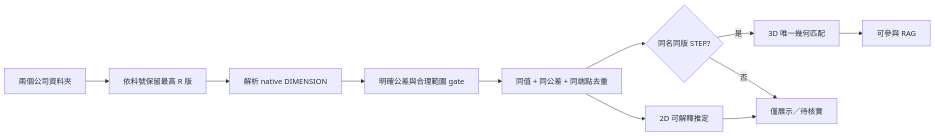
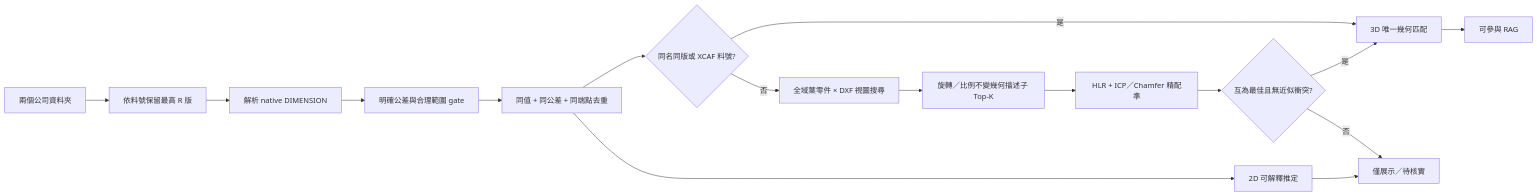
One commit to kk98033/step-to-2d-generator changed the fourth of 4 diagrams in docs/architecture.md. Above: the diagram before and after it, drawn with Mermaid. The commit also changed other lines of this file and 22 other files, not shown here.

````diff
--- a/docs/architecture.md
+++ b/docs/architecture.md
@@ -200,13 +205,18 @@
 ```mermaid
 flowchart LR
     Source[兩個公司資料夾] --> Revision[依料號保留最高 R 版]
     Revision --> Native[解析 native DIMENSION]
     Native --> Plausible[明確公差與合理範圍 gate]
     Plausible --> Dedupe[同值 + 同公差 + 同端點去重]
     Dedupe --> Infer[2D 可解釋推定]
-    Dedupe --> Pair{同名同版 STEP?}
+    Dedupe --> Pair{同名同版或 XCAF 料號?}
     Pair -->|是| Verify[3D 唯一幾何匹配]
-    Pair -->|否| Display[僅展示／待核實]
+    Pair -->|否| Global[全域葉零件 × DXF 視圖搜尋]
+    Global --> Fingerprint[旋轉／比例不變幾何描述子 Top-K]
+    Fingerprint --> Register[HLR + ICP／Chamfer 精配準]
+    Register --> Reciprocal{互為最佳且無近似衝突?}
+    Reciprocal -->|是| Verify
+    Reciprocal -->|否| Display[僅展示／待核實]
     Verify --> Eligible[可參與 RAG]
     Infer --> Display
 ```
````
